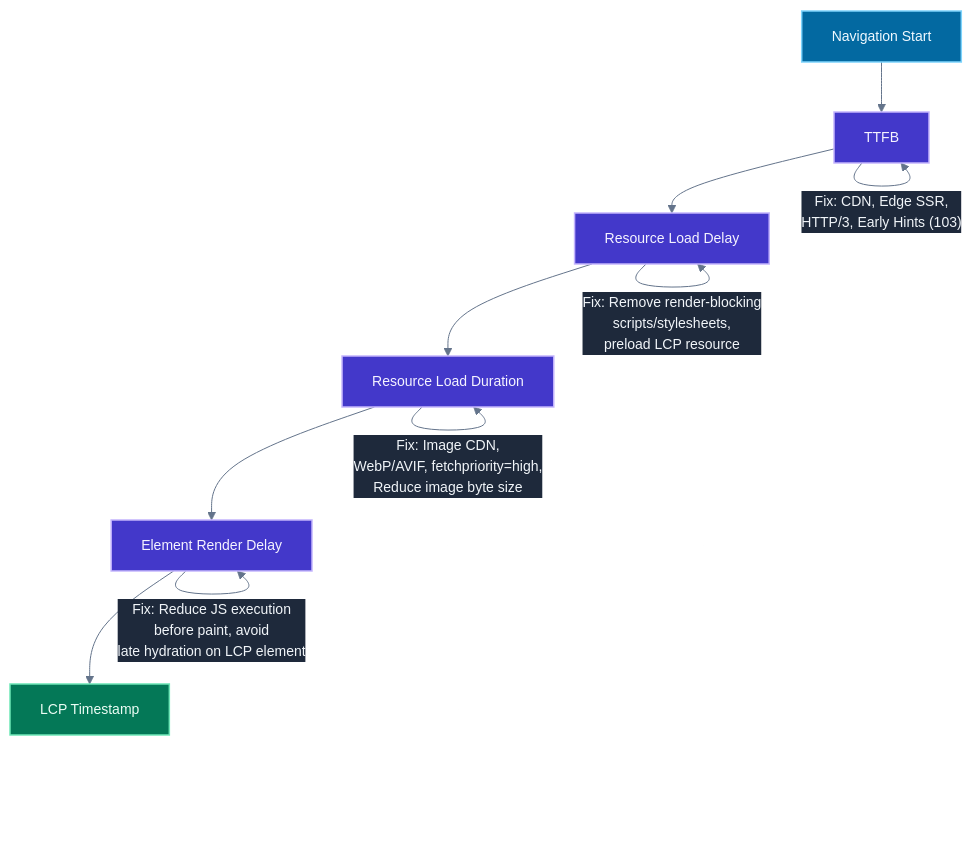
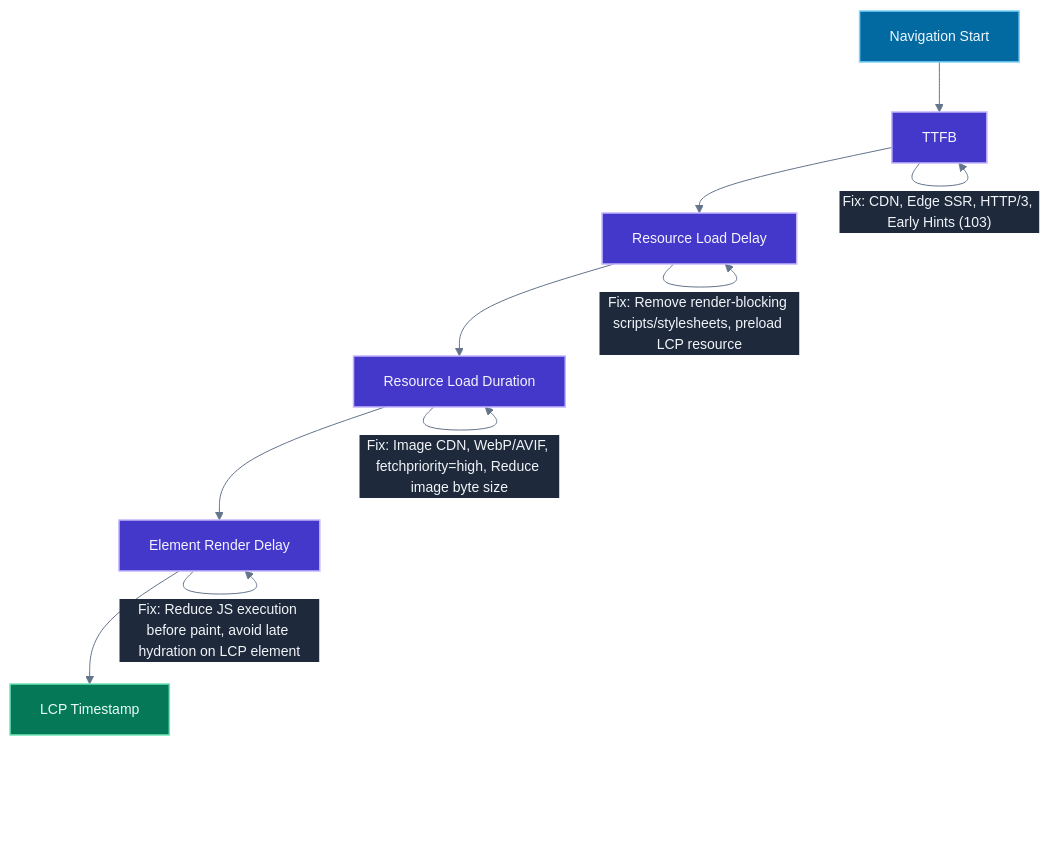
The first of 3 diagrams in data/topics/core-web-vitals.md (vinayakhumberi/litmus), drawn with Mermaid before and after one commit. The commit also changed other lines of this file and 68 other files, not shown here.

````diff
--- a/data/topics/core-web-vitals.md
+++ b/data/topics/core-web-vitals.md
@@ -466,22 +466,22 @@
 ```mermaid
 %%{init: {"theme": "base", "themeVariables": {"background":"transparent","primaryColor":"#334155","primaryTextColor":"#f1f5f9","primaryBorderColor":"#64748b","lineColor":"#64748b","edgeLabelBackground":"#1e293b","textColor":"#f1f5f9","fontFamily":"\"Plus Jakarta Sans\", sans-serif","fontSize":"14px"}}}%%
 graph TD
     A["Navigation Start"] --> B["TTFB"]
     B --> C["Resource Load Delay"]
     C --> D["Resource Load Duration"]
     D --> E["Element Render Delay"]
     E --> F["LCP Timestamp"]
 
-    B -- "Fix: CDN, Edge SSR,<br>HTTP/3, Early Hints (103)" --> B
-    C -- "Fix: Remove render-blocking<br>scripts/stylesheets,<br>preload LCP resource" --> C
-    D -- "Fix: Image CDN,<br>WebP/AVIF, fetchpriority=high,<br>Reduce image byte size" --> D
-    E -- "Fix: Reduce JS execution<br>before paint, avoid<br>late hydration on LCP element" --> E
+    B -- "Fix: CDN, Edge SSR, HTTP/3, Early Hints (103)" --> B
+    C -- "Fix: Remove render-blocking scripts/stylesheets, preload LCP resource" --> C
+    D -- "Fix: Image CDN, WebP/AVIF, fetchpriority=high, Reduce image byte size" --> D
+    E -- "Fix: Reduce JS execution before paint, avoid late hydration on LCP element" --> E
 
     classDef start fill:#0369a1,stroke:#7dd3fc,color:#f0f9ff,stroke-width:1.5px;
     classDef subpart fill:#4338ca,stroke:#c4b5fd,color:#f5f3ff,stroke-width:1.5px;
     classDef result fill:#047857,stroke:#6ee7b7,color:#ecfdf5,stroke-width:1.5px;
 
     class A start;
     class B,C,D,E subpart;
     class F result;
 ```
````
